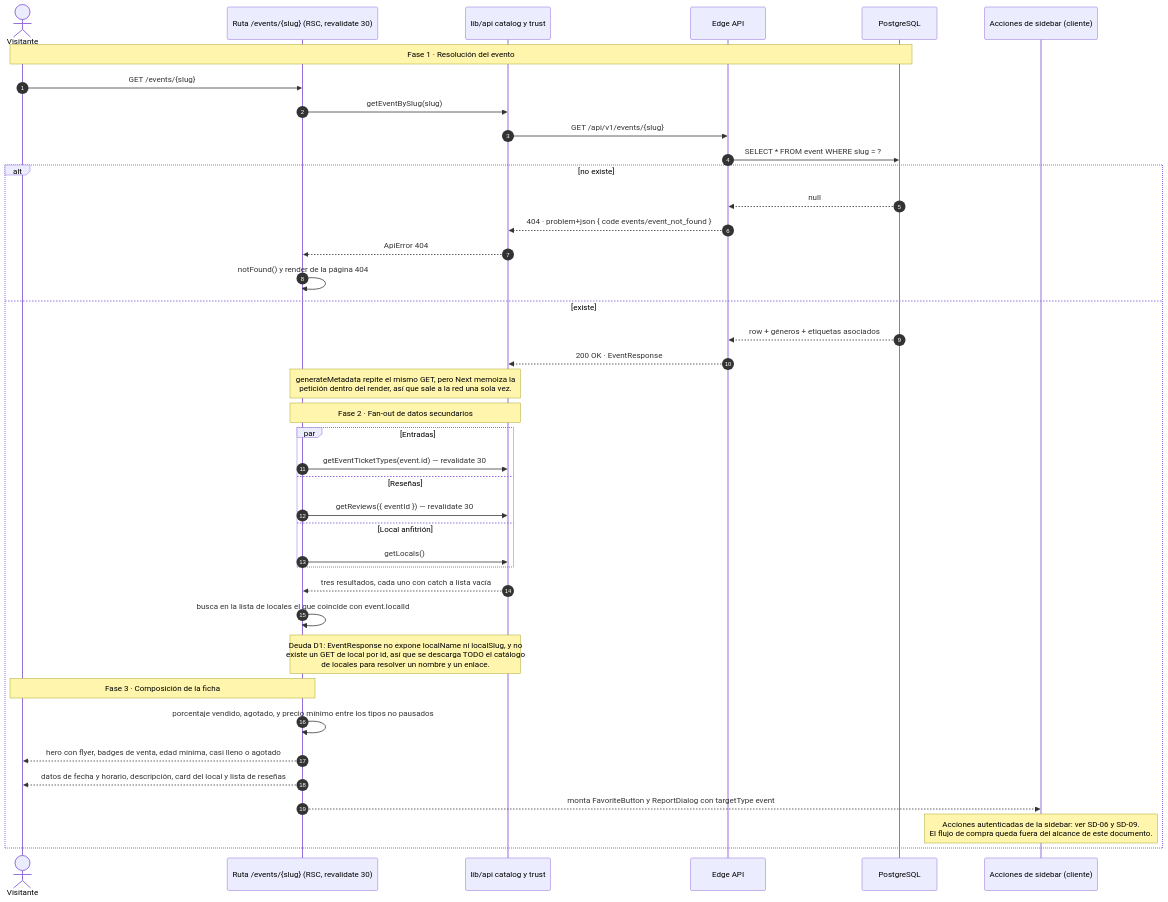
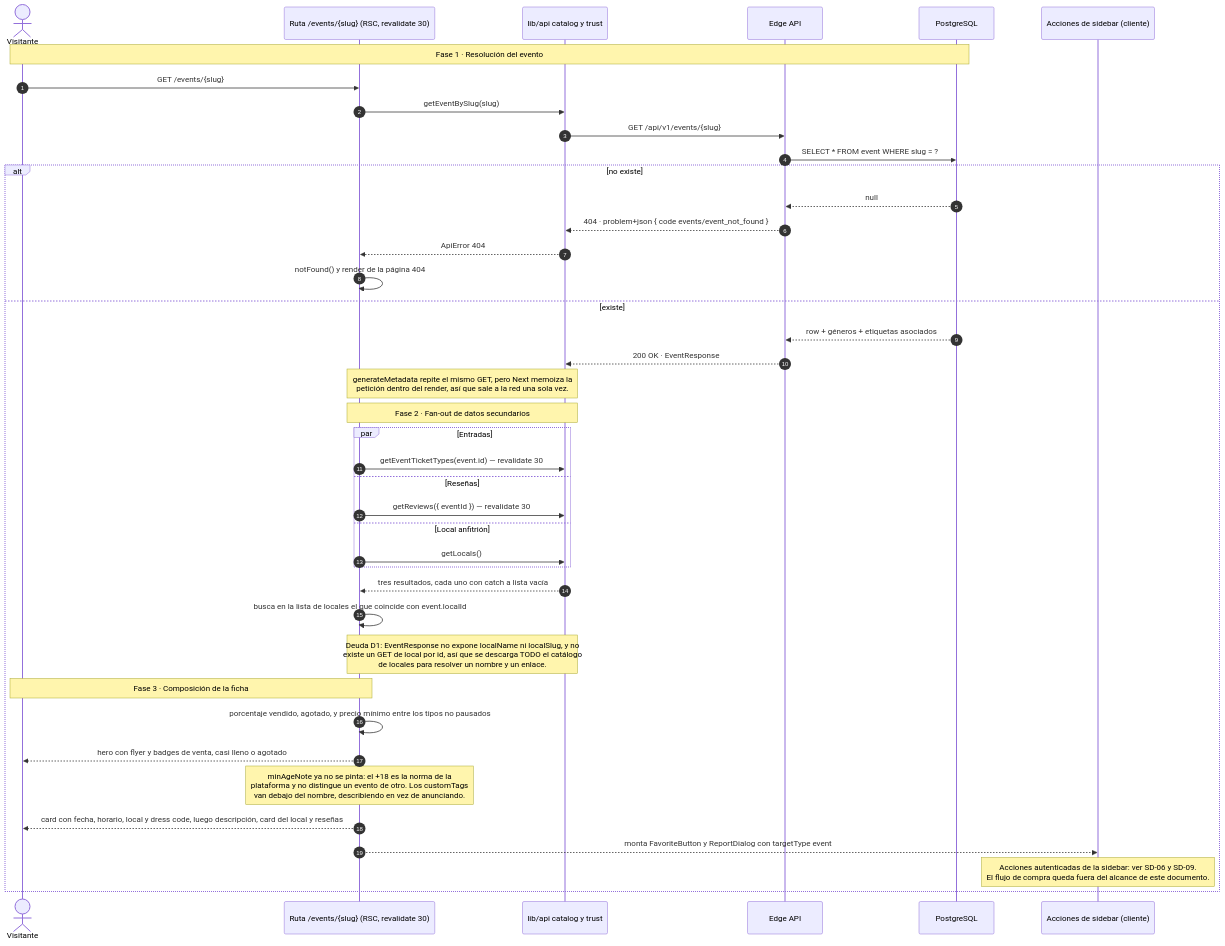
Before and after one commit to jwilsonar/urnight_mvp: the sixth of 12 diagrams in docs/diagramas-secuencia/02-descubrimiento-confianza.md, drawn with Mermaid.

Commit message:
docs: la ficha de evento ya no pinta la edad mínima
La fase 3 del diagrama decía que el hero mostraba badges de edad mínima. Ese
badge salió del código: el +18 es la norma de la plataforma y no distingue un
evento de otro. Los customTags pasan debajo del nombre y los datos de fecha,
horario, local y dress code van en una card.

````diff
--- a/docs/diagramas-secuencia/02-descubrimiento-confianza.md
+++ b/docs/diagramas-secuencia/02-descubrimiento-confianza.md
@@ -450,45 +450,46 @@
 ```mermaid
 sequenceDiagram
     autonumber
     actor U as Visitante
     participant PG as Ruta /events/{slug} (RSC, revalidate 30)
     participant FET as lib/api catalog y trust
     participant EDGE as Edge API
     participant DB as PostgreSQL
     participant SB as Acciones de sidebar (cliente)
 
     note over U, DB: Fase 1 · Resolución del evento
     U->>PG: GET /events/{slug}
     PG->>FET: getEventBySlug(slug)
     FET->>EDGE: GET /api/v1/events/{slug}
     EDGE->>DB: SELECT * FROM event WHERE slug = ?
     alt no existe
         DB-->>EDGE: null
         EDGE-->>FET: 404 · problem+json { code events/event_not_found }
         FET-->>PG: ApiError 404
         PG->>PG: notFound() y render de la página 404
     else existe
         DB-->>EDGE: row + géneros + etiquetas asociados
         EDGE-->>FET: 200 OK · EventResponse
         note over PG, FET: generateMetadata repite el mismo GET, pero Next memoiza la<br/>petición dentro del render, así que sale a la red una sola vez.
 
         note over PG, FET: Fase 2 · Fan-out de datos secundarios
         par Entradas
             PG->>FET: getEventTicketTypes(event.id) — revalidate 30
         and Reseñas
             PG->>FET: getReviews({ eventId }) — revalidate 30
         and Local anfitrión
             PG->>FET: getLocals()
         end
         FET-->>PG: tres resultados, cada uno con catch a lista vacía
         PG->>PG: busca en la lista de locales el que coincide con event.localId
         note over PG, FET: Deuda D1: EventResponse no expone localName ni localSlug, y no<br/>existe un GET de local por id, así que se descarga TODO el catálogo<br/>de locales para resolver un nombre y un enlace.
 
         note over PG, U: Fase 3 · Composición de la ficha
         PG->>PG: porcentaje vendido, agotado, y precio mínimo entre los tipos no pausados
-        PG-->>U: hero con flyer, badges de venta, edad mínima, casi lleno o agotado
-        PG-->>U: datos de fecha y horario, descripción, card del local y lista de reseñas
+        PG-->>U: hero con flyer y badges de venta, casi lleno o agotado
+        note over PG: minAgeNote ya no se pinta: el +18 es la norma de la<br/>plataforma y no distingue un evento de otro. Los customTags<br/>van debajo del nombre, describiendo en vez de anunciando.
+        PG-->>U: card con fecha, horario, local y dress code, luego descripción, card del local y reseñas
         PG-->>SB: monta FavoriteButton y ReportDialog con targetType event
         note over SB: Acciones autenticadas de la sidebar: ver SD-06 y SD-09.<br/>El flujo de compra queda fuera del alcance de este documento.
     end
 ```
````
